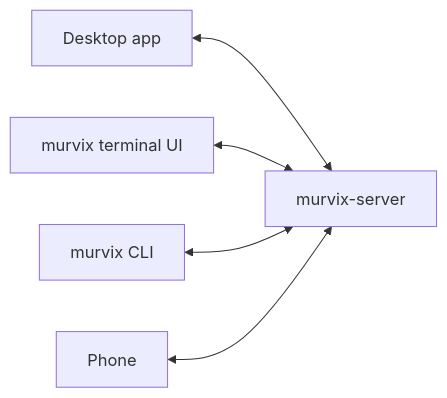
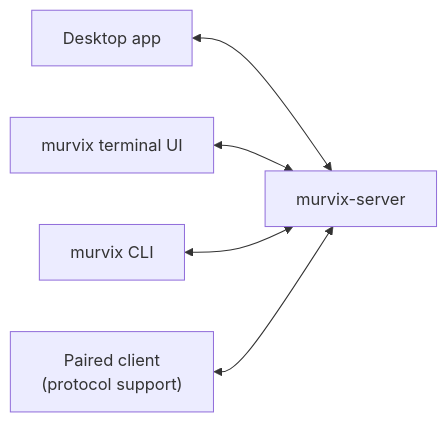
Before and after one commit to teomurgi/murvix: the diagram in docs/features/server.md, drawn with Mermaid. The commit also changed other lines of this file and 43 other files, not shown here.

````diff
--- a/docs/features/server.md
+++ b/docs/features/server.md
@@ -7,7 +9,7 @@
 ```mermaid
 flowchart LR
     DESKTOP["Desktop app"] <--> SERVER["murvix-server"]
     TUI["murvix terminal UI"] <--> SERVER
     CLI["murvix CLI"] <--> SERVER
-    PHONE["Phone"] <--> SERVER
+    DEVICE["Paired client<br/>(protocol support)"] <--> SERVER
 ```
````
